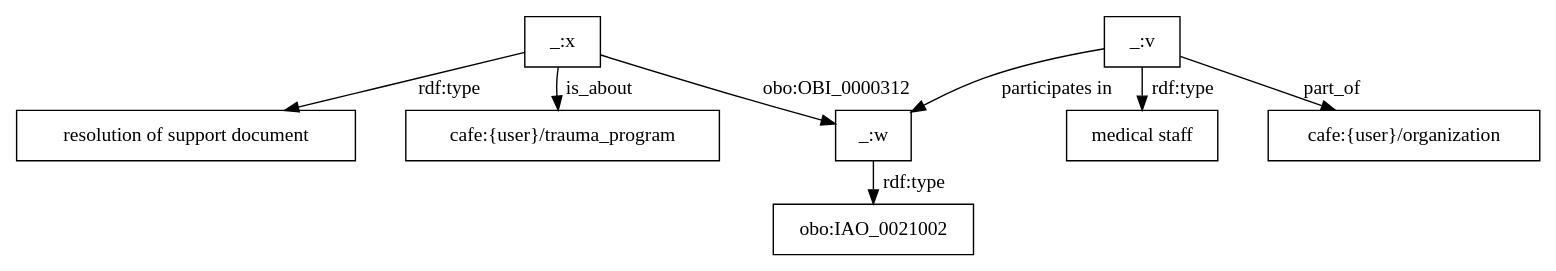
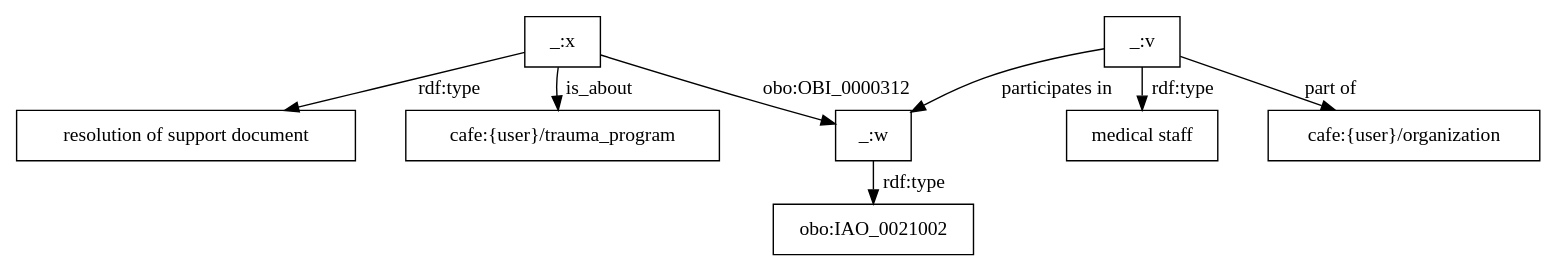
The diagram in cafe/graphs/3.dot (utecht/dideo-server), drawn with Graphviz before and after one commit. The commit also changed 9 other files, not shown here.

Commit message:
update generate graphs to remove fake predicates

```diff
--- a/cafe/graphs/3.dot
+++ b/cafe/graphs/3.dot
@@ -1,10 +1,10 @@
 digraph g { node [shape=rectangle];
 graph [splines=true, nodesep=.5, ranksep=0, overlap=false];
 "_:w" -> "obo:IAO_0021002" [label="rdf:type"]
 "_:x" -> "_:w" [label="obo:OBI_0000312"]
 "_:v" -> "medical staff" [label="rdf:type"]
-"_:v" -> "cafe:{user}/organization" [label="part_of"]
+"_:v" -> "cafe:{user}/organization" [label="part of"]
 "_:v" -> "_:w" [label="participates in"]
 "_:x" -> "cafe:{user}/trauma_program" [label="is_about"]
 "_:x" -> "resolution of support document" [label="rdf:type"]
 }
```
